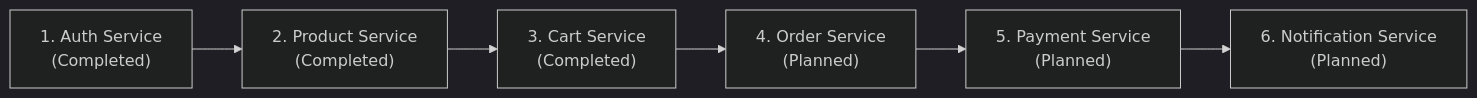
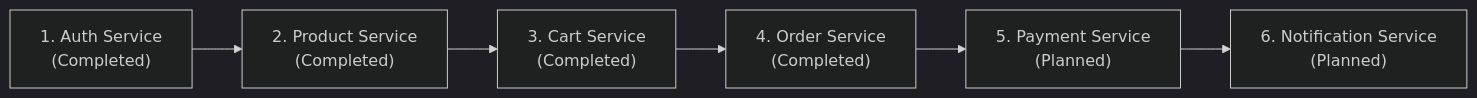
One commit to Next-Gen-Coder-2007/E-Commerce changed the third of 3 diagrams in README.md. Above: the diagram before and after it, drawn with Mermaid (dark theme). The commit also changed other lines of this file and 7 other files, not shown here.

````diff
--- a/README.md
+++ b/README.md
@@ -474,8 +477,8 @@
 ```mermaid
 flowchart LR
     Auth["1. Auth Service\n(Completed)"] --> Product["2. Product Service\n(Completed)"]
     Product --> Cart["3. Cart Service\n(Completed)"]
-    Cart --> Order["4. Order Service\n(Planned)"]
+    Cart --> Order["4. Order Service\n(Completed)"]
     Order --> Payment["5. Payment Service\n(Planned)"]
     Payment --> Notification["6. Notification Service\n(Planned)"]
 ```
````
